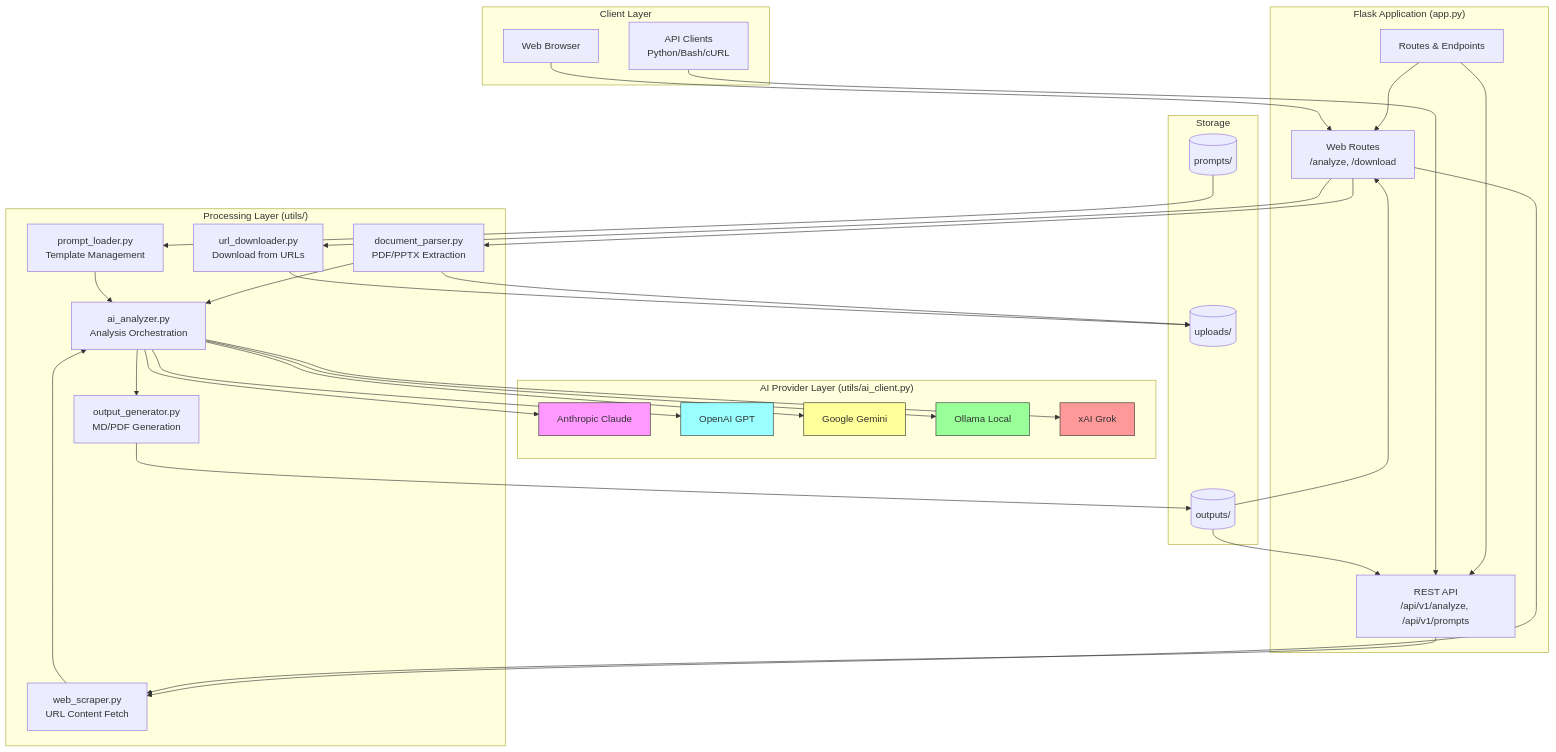
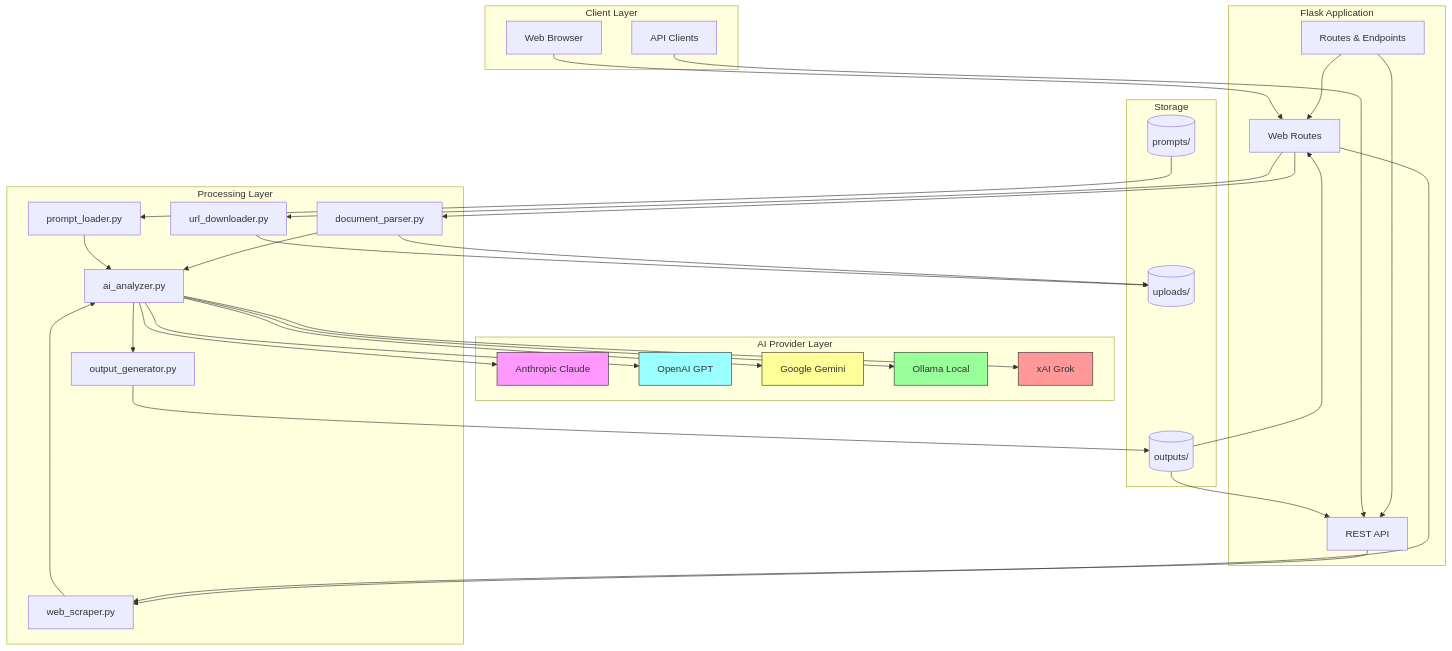
The third of 4 diagrams in README.md (seanerama/Presentation-Intelligence-Tool), drawn with Mermaid before and after one commit. The commit also changed other lines of this file, not shown here.

````diff
--- a/README.md
+++ b/README.md
@@ -413,72 +415,72 @@
 ```mermaid
 graph TB
-    subgraph "Client Layer"
+    subgraph Client["Client Layer"]
         WEB[Web Browser]
-        API[API Clients<br/>Python/Bash/cURL]
+        API[API Clients]
     end
 
-    subgraph "Flask Application (app.py)"
+    subgraph Flask["Flask Application"]
         ROUTES[Routes & Endpoints]
-        WEB_ROUTES[Web Routes<br/>/analyze, /download]
-        API_ROUTES[REST API<br/>/api/v1/analyze, /api/v1/prompts]
+        WEB_ROUTES[Web Routes]
+        API_ROUTES[REST API]
         ROUTES --> WEB_ROUTES
         ROUTES --> API_ROUTES
     end
 
-    subgraph "Processing Layer (utils/)"
-        DOC[document_parser.py<br/>PDF/PPTX Extraction]
-        WEB_SCRAPE[web_scraper.py<br/>URL Content Fetch]
-        URL_DL[url_downloader.py<br/>Download from URLs]
-        PROMPT[prompt_loader.py<br/>Template Management]
-        ANALYZER[ai_analyzer.py<br/>Analysis Orchestration]
-        OUTPUT[output_generator.py<br/>MD/PDF Generation]
+    subgraph Processing["Processing Layer"]
+        DOC[document_parser.py]
+        WEB_SCRAPE[web_scraper.py]
+        URL_DL[url_downloader.py]
+        PROMPT[prompt_loader.py]
+        ANALYZER[ai_analyzer.py]
+        OUTPUT[output_generator.py]
     end
 
-    subgraph "AI Provider Layer (utils/ai_client.py)"
+    subgraph AIProviders["AI Provider Layer"]
         ANTHROPIC[Anthropic Claude]
         OPENAI[OpenAI GPT]
         GOOGLE[Google Gemini]
         OLLAMA[Ollama Local]
         XAI[xAI Grok]
     end
 
-    subgraph "Storage"
+    subgraph Storage["Storage"]
         UPLOADS[(uploads/)]
         OUTPUTS[(outputs/)]
         PROMPTS[(prompts/)]
     end
 
     WEB --> WEB_ROUTES
     API --> API_ROUTES
 
     WEB_ROUTES --> DOC
     WEB_ROUTES --> URL_DL
     WEB_ROUTES --> WEB_SCRAPE
     API_ROUTES --> WEB_SCRAPE
 
     DOC --> UPLOADS
     URL_DL --> UPLOADS
 
     DOC --> ANALYZER
     WEB_SCRAPE --> ANALYZER
     PROMPT --> ANALYZER
     PROMPTS --> PROMPT
 
     ANALYZER --> ANTHROPIC
     ANALYZER --> OPENAI
     ANALYZER --> GOOGLE
     ANALYZER --> OLLAMA
     ANALYZER --> XAI
 
     ANALYZER --> OUTPUT
     OUTPUT --> OUTPUTS
 
     OUTPUTS --> WEB_ROUTES
     OUTPUTS --> API_ROUTES
 
     style ANTHROPIC fill:#f9f,stroke:#333
     style OPENAI fill:#9ff,stroke:#333
     style GOOGLE fill:#ff9,stroke:#333
     style OLLAMA fill:#9f9,stroke:#333
     style XAI fill:#f99,stroke:#333
 ```
````
